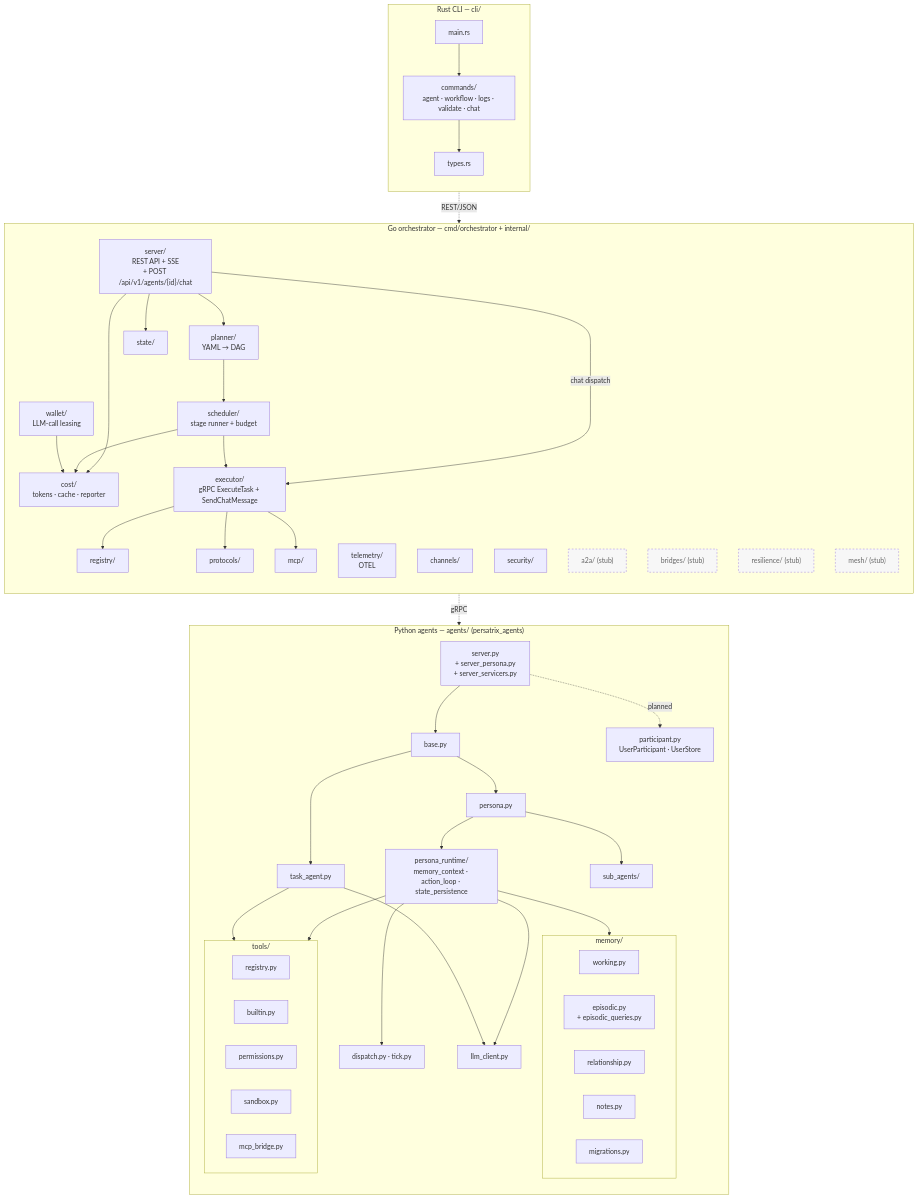
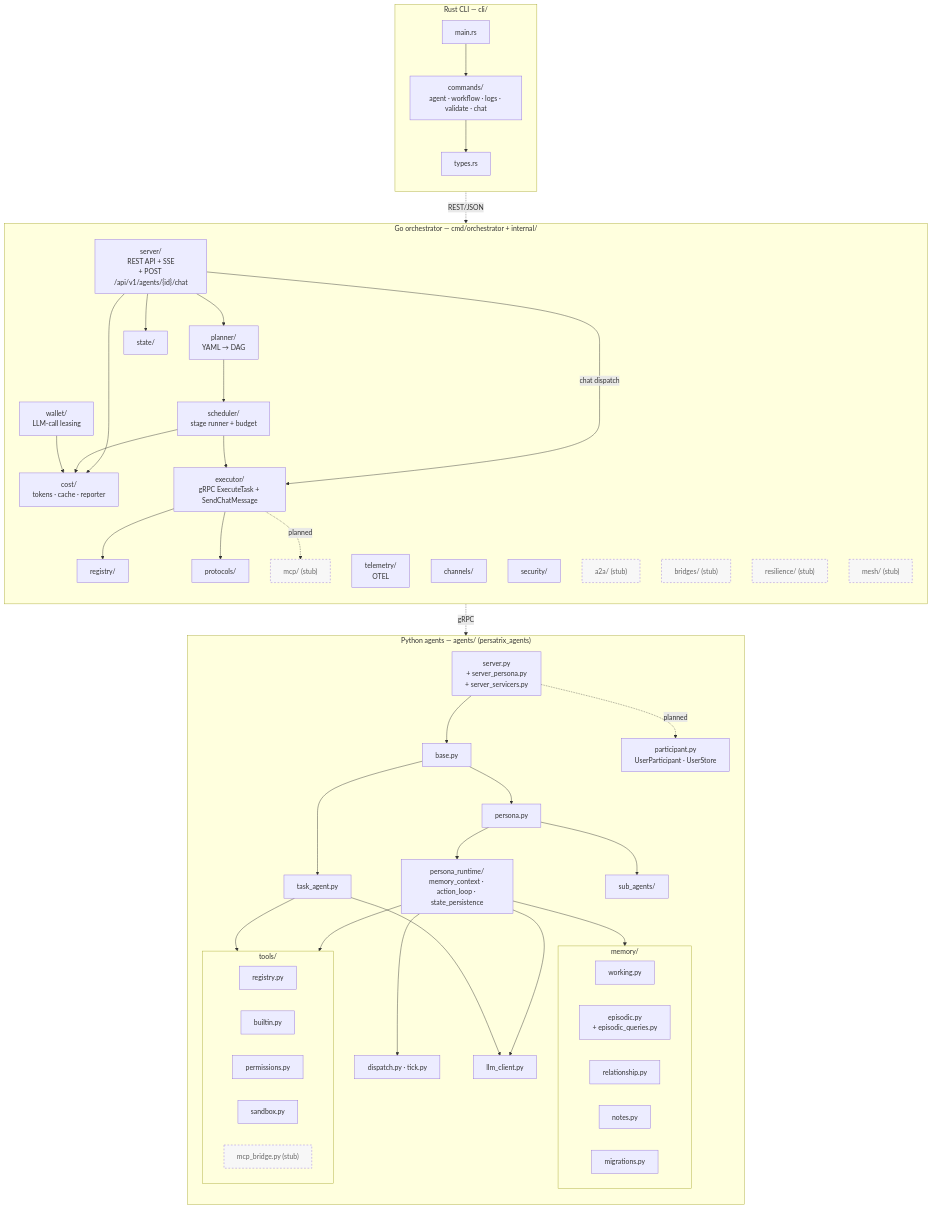
Before and after one commit to mkhomutov/Persatrix: the diagram in docs/diagrams/component-architecture.md, drawn with Mermaid. The commit also changed other lines of this file and 6 other files, not shown here.

First line of the commit message:
docs(glossary): mark the MCP bridge as unimplemented

```diff
--- a/docs/diagrams/component-architecture.md
+++ b/docs/diagrams/component-architecture.md
@@ -26,7 +26,6 @@
         COST["cost/<br/>tokens · cache · reporter"]
         WALLET["wallet/<br/>LLM-call leasing"]
         TELE["telemetry/<br/>OTEL"]
-        MCPG["mcp/"]
         PROTOS["protocols/"]
         CHAN["channels/"]
         SEC["security/"]
@@ -35,6 +34,7 @@
         BRIDGES["bridges/ (stub)"]:::stub
         RES["resilience/ (stub)"]:::stub
         MESH["mesh/ (stub)"]:::stub
+        MCPG["mcp/ (stub)"]:::stub
 
         SERVER --> PLANNER
         SERVER --> STATE
@@ -46,7 +46,7 @@
         WALLET --> COST
         EXECUTOR --> REGISTRY
         EXECUTOR --> PROTOS
-        EXECUTOR --> MCPG
+        EXECUTOR -. planned .-> MCPG
     end
 
     subgraph Py["Python agents — agents/ (persatrix_agents)"]
@@ -74,7 +74,7 @@
             TBI["builtin.py"]
             TPERM["permissions.py"]
             TSB["sandbox.py"]
-            TMCP["mcp_bridge.py"]
+            TMCP["mcp_bridge.py (stub)"]:::stub
         end
 
         SRV --> BASE
```
